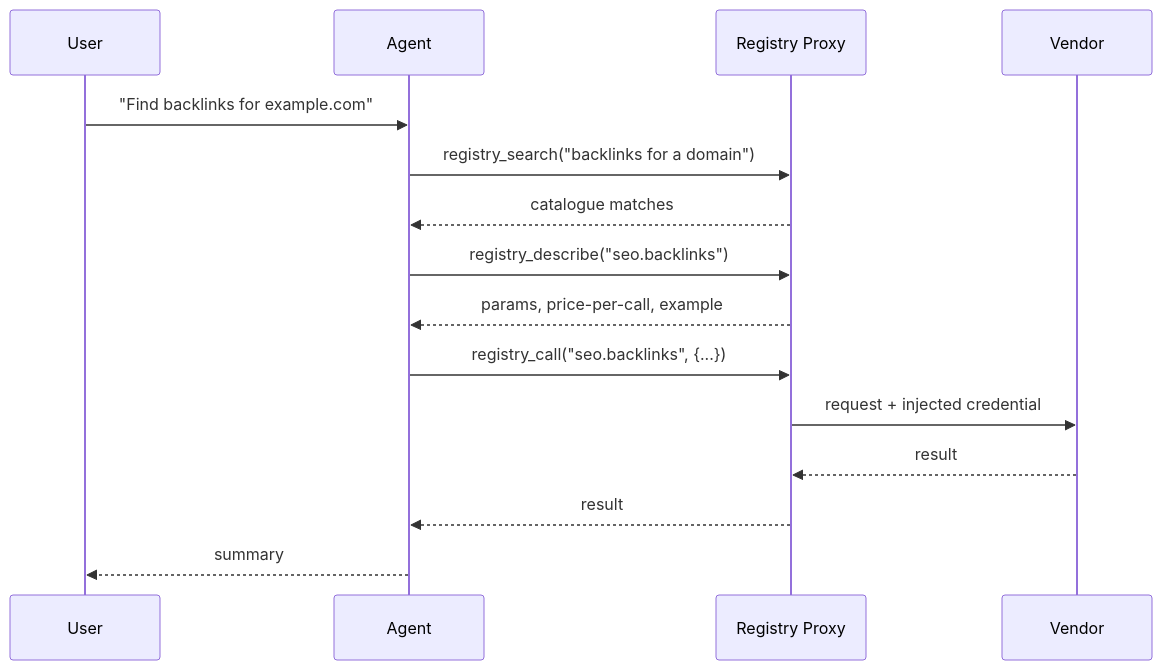
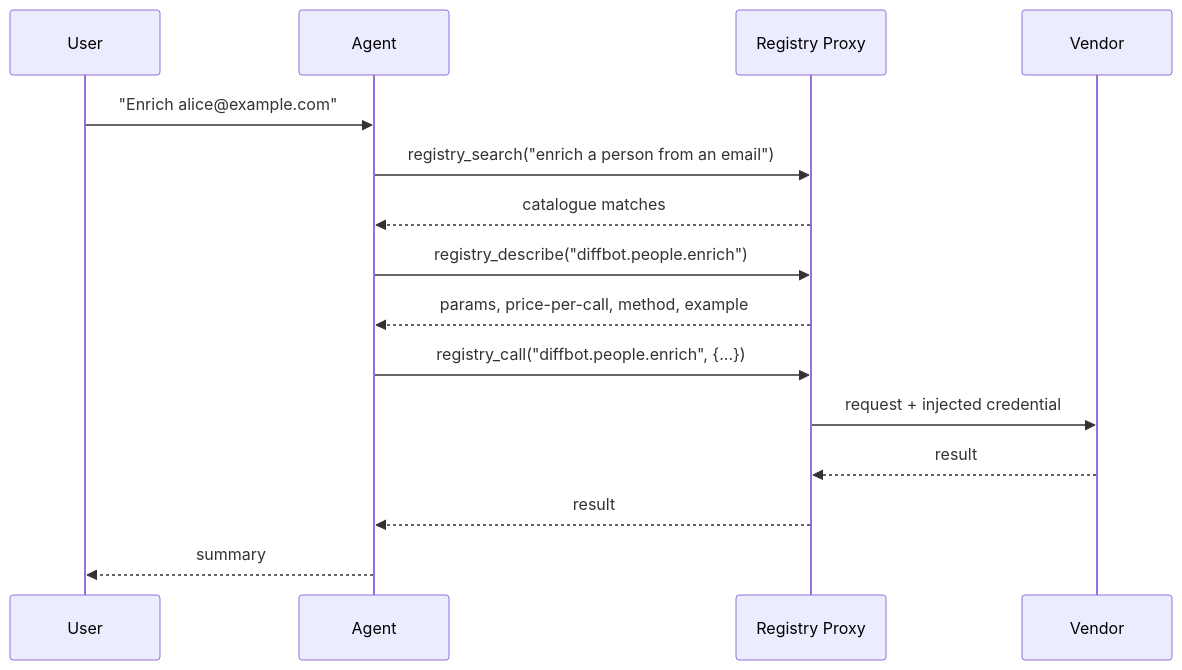
The second of 3 diagrams in docs/features/registry-proxy.mdx (MervinPraison/PraisonAIDocs), drawn with Mermaid before and after one commit. The commit also changed other lines of this file, not shown here.

Commit message:
docs: expand Registry Proxy page with treg self-host walkthrough and all options (fixes #2965)

````diff
--- a/docs/features/registry-proxy.mdx
+++ b/docs/features/registry-proxy.mdx
@@ -67,18 +68,18 @@
 ```mermaid
 sequenceDiagram
     participant User
     participant Agent
     participant Proxy as Registry Proxy
     participant Vendor
 
-    User->>Agent: "Find backlinks for example.com"
-    Agent->>Proxy: registry_search("backlinks for a domain")
+    User->>Agent: "Enrich alice@example.com"
+    Agent->>Proxy: registry_search("enrich a person from an email")
     Proxy-->>Agent: catalogue matches
-    Agent->>Proxy: registry_describe("seo.backlinks")
-    Proxy-->>Agent: params, price-per-call, example
-    Agent->>Proxy: registry_call("seo.backlinks", {...})
+    Agent->>Proxy: registry_describe("diffbot.people.enrich")
+    Proxy-->>Agent: params, price-per-call, method, example
+    Agent->>Proxy: registry_call("diffbot.people.enrich", {...})
     Proxy->>Vendor: request + injected credential
     Vendor-->>Proxy: result
     Proxy-->>Agent: result
     Agent-->>User: summary
 ```
````
